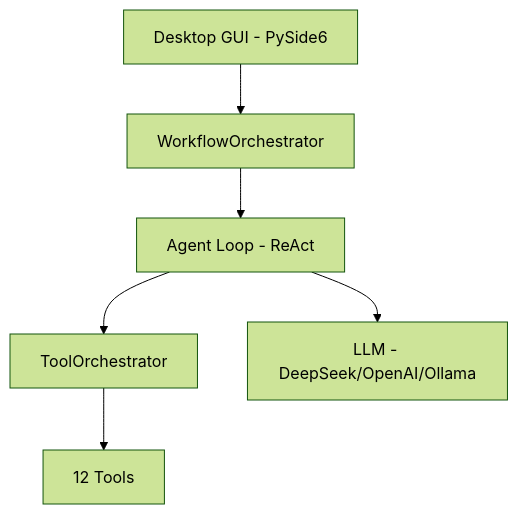
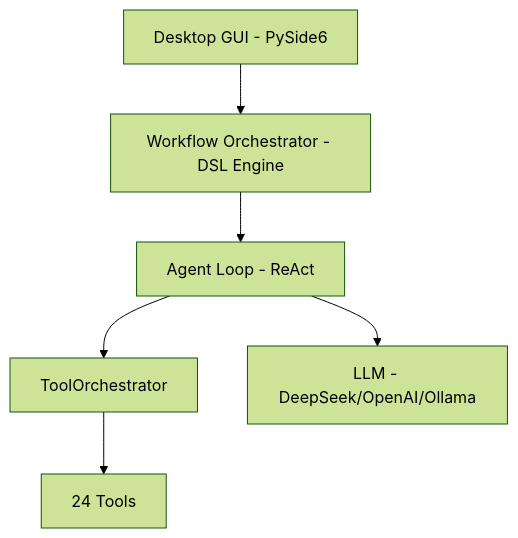
The diagram in docs/index.md (Morphilab/morphix), drawn with Mermaid (forest theme) before and after one commit. The commit also changed other lines of this file and 44 other files, not shown here.

````diff
--- a/docs/index.md
+++ b/docs/index.md
@@ -29,8 +29,8 @@
 ```mermaid
 graph TD
-    GUI[Desktop GUI - PySide6] --> WO[WorkflowOrchestrator]
+    GUI[Desktop GUI - PySide6] --> WO[Workflow Orchestrator - DSL Engine]
     WO --> AL[Agent Loop - ReAct]
     AL --> TO[ToolOrchestrator]
-    TO --> T[12 Tools]
+    TO --> T[24 Tools]
     AL --> LLM[LLM - DeepSeek/OpenAI/Ollama]
 ```
````
